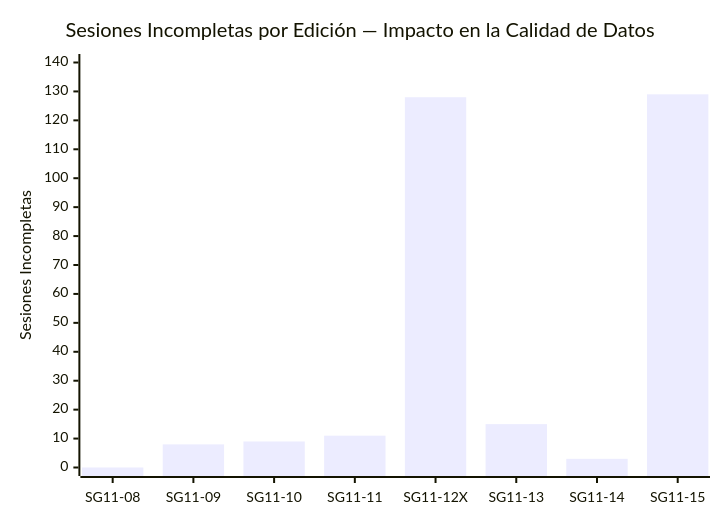
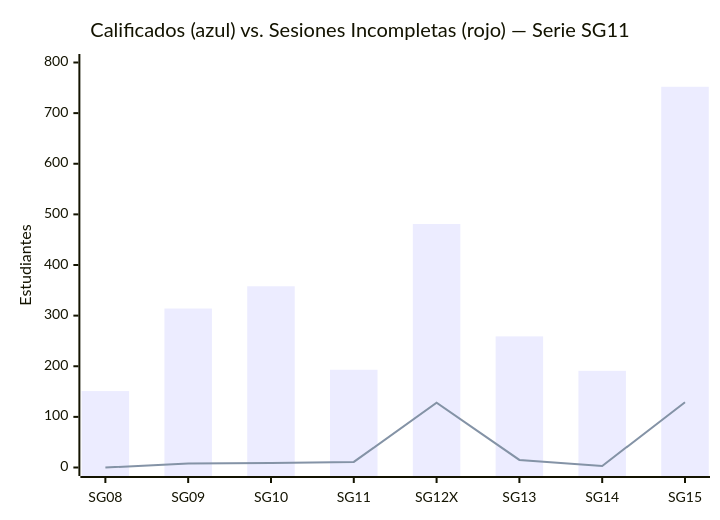
One commit to daniel-alt-pages/propuestas changed the third of 4 diagrams in reporte_detallado_sg11_13.md. Above: the diagram before and after it, drawn with Mermaid. The commit also changed other lines of this file, not shown here.

````diff
--- a/reporte_detallado_sg11_13.md
+++ b/reporte_detallado_sg11_13.md
@@ -104,7 +96,8 @@
 ```mermaid
 xychart-beta
-    title "Sesiones Incompletas por Edición — Impacto en la Calidad de Datos"
-    x-axis ["SG11-08", "SG11-09", "SG11-10", "SG11-11", "SG11-12X", "SG11-13", "SG11-14", "SG11-15"]
-    y-axis "Sesiones Incompletas" 0 --> 140
-    bar [0, 8, 9, 11, 128, 15, 3, 129]
+    title "Calificados (azul) vs. Sesiones Incompletas (rojo) — Serie SG11"
+    x-axis ["SG08","SG09","SG10","SG11","SG12X","SG13","SG14","SG15"]
+    y-axis "Estudiantes" 0 --> 800
+    bar [151, 314, 358, 193, 481, 259, 191, 752]
+    line [0, 8, 9, 11, 128, 15, 3, 129]
 ```
````
